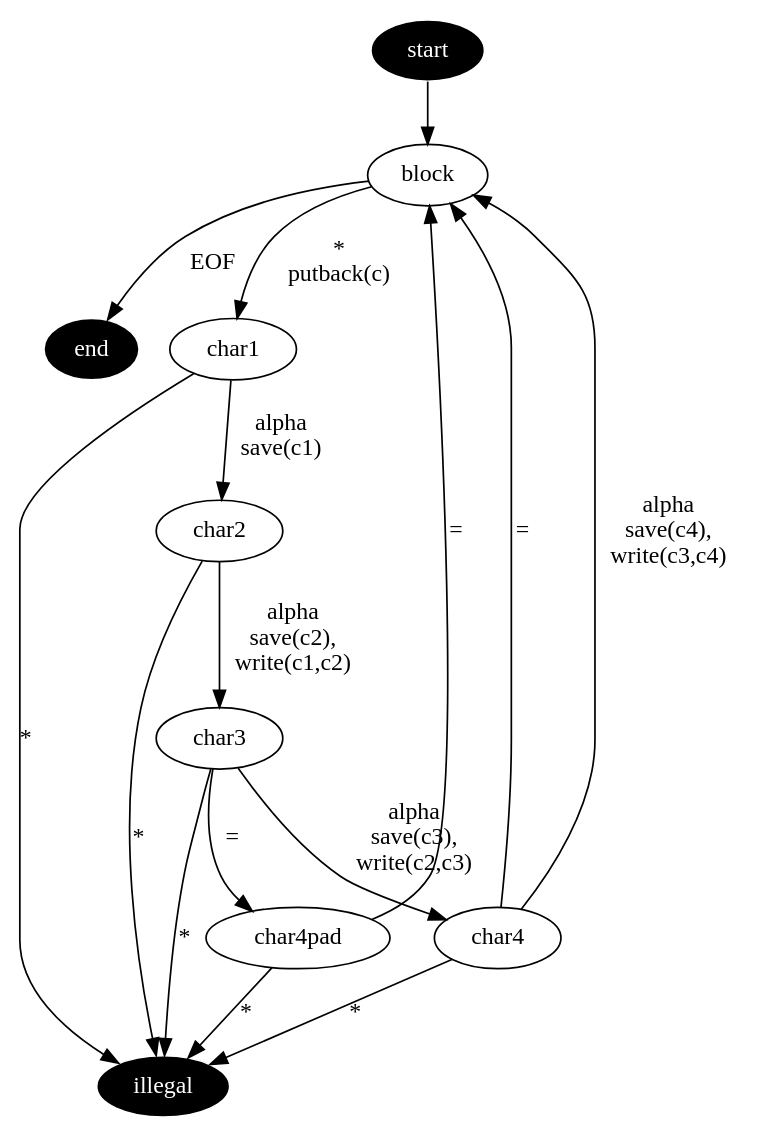
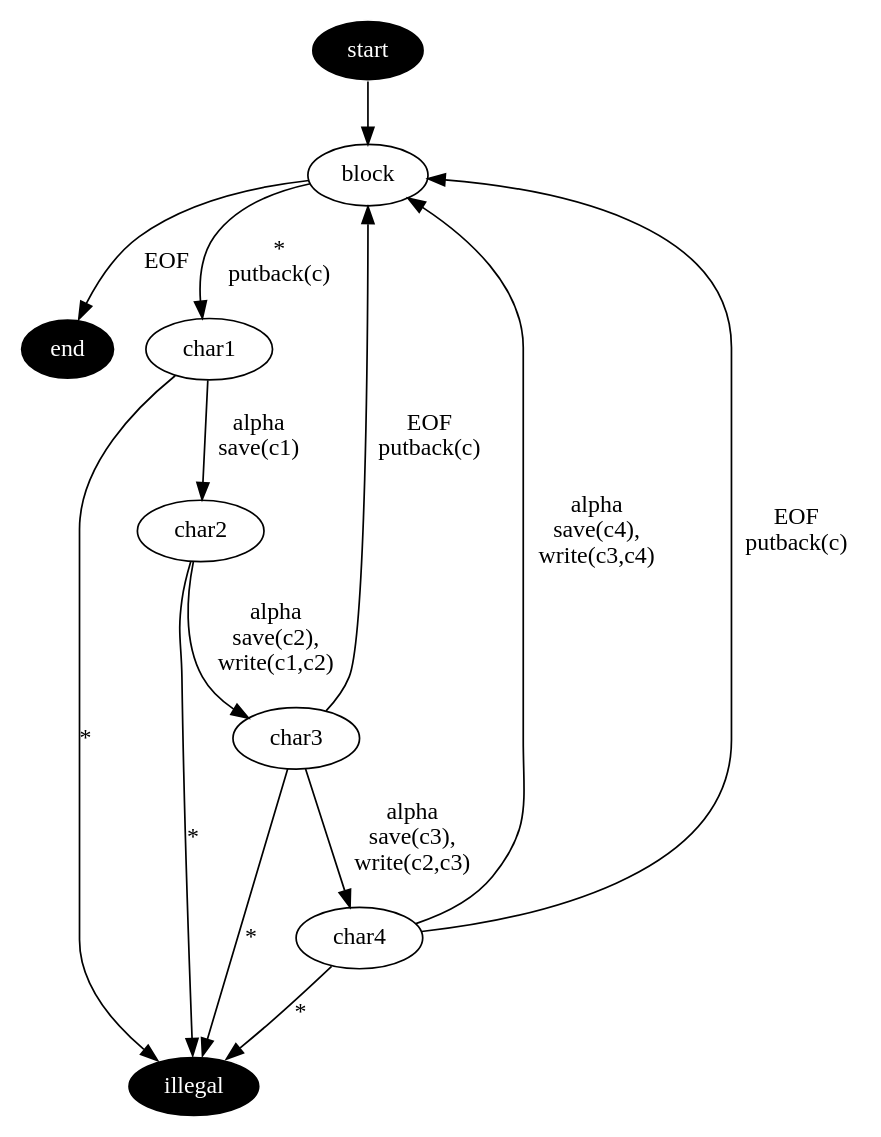
One commit to tancred/objc-base64 changed the diagram in decode.dot. Above: the diagram before and after it, drawn with Graphviz.

Commit message:
Diagram: replace transitions for padding with EOF.
Maybe handling padding tokens should be an option
(that would require paddings instead of early EOF)?
See commented out padding states in diagram for one
solution.

```diff
--- a/decode.dot
+++ b/decode.dot
@@ -1,36 +1,42 @@
 digraph decode {
 	// terminal states
 	node [ style = filled; fillcolor = black; color = white; fontcolor = white; ];
 	start, end, illegal
 
 	// internal states
 	node [ style = filled; fillcolor = white; color = black; fontcolor = black; ];
 	block;
-	char1, char2, char3, char4, char4pad;
+	char1, char2, char3, char4;
+
+	// optional states
+	//node [ style = dashed; fillcolor = white; color = black; fontcolor = black; ];
+	//char4pad;
 
 	// unspecified states
 	node [ style = filled; fillcolor = cyan; color = black; fontcolor = black; ];
 
 	start -> block;
 
 	block -> char1 [ label = "*\nputback(c)" ];
 
 	char1 -> char2 [ label = "alpha\nsave(c1)" ];
 	char1 -> illegal [ label = "*" ];
 
 	char2 -> char3 [ label = "alpha\nsave(c2),\nwrite(c1,c2)" ];
 	char2 -> illegal [ label = "*" ];
 
 	char3 -> char4 [ label = "alpha\nsave(c3),\nwrite(c2,c3)" ];
-	char3 -> char4pad [ label = "=" ];
+	char3 -> block [ label = "EOF\nputback(c)" ]
+	//char3 -> char4pad [ label = "=", style = dashed; ];
 	char3 -> illegal [ label = "*" ];
 
 	char4 -> block [ label = "alpha\nsave(c4),\nwrite(c3,c4)" ];
-	char4 -> block [ label = "=" ];
+	char4 -> block [ label = "EOF\nputback(c)" ]
+	//char4 -> block [ label = "=\nputback(EOF)", style = dashed; ];
 	char4 -> illegal [ label = "*" ];
 
-	char4pad -> block [ label = "=" ];
-	char4pad -> illegal [ label = "*" ];
+	//char4pad -> block [ label = "=\nputback(EOF)", style = dashed; ];
+	//char4pad -> illegal [ label = "*" ];
 
 	block -> end [ label = "EOF" ];
 }
```
